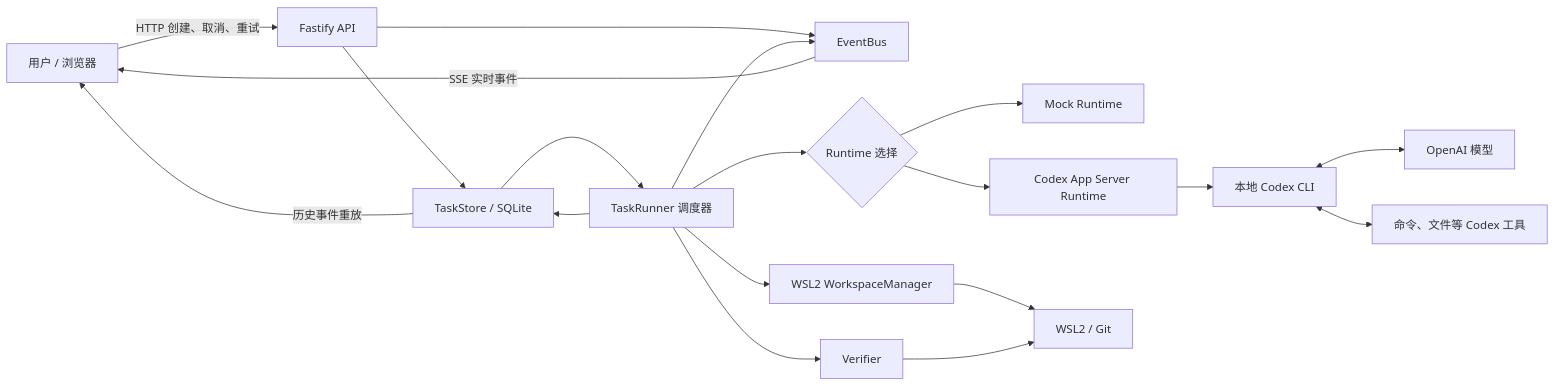
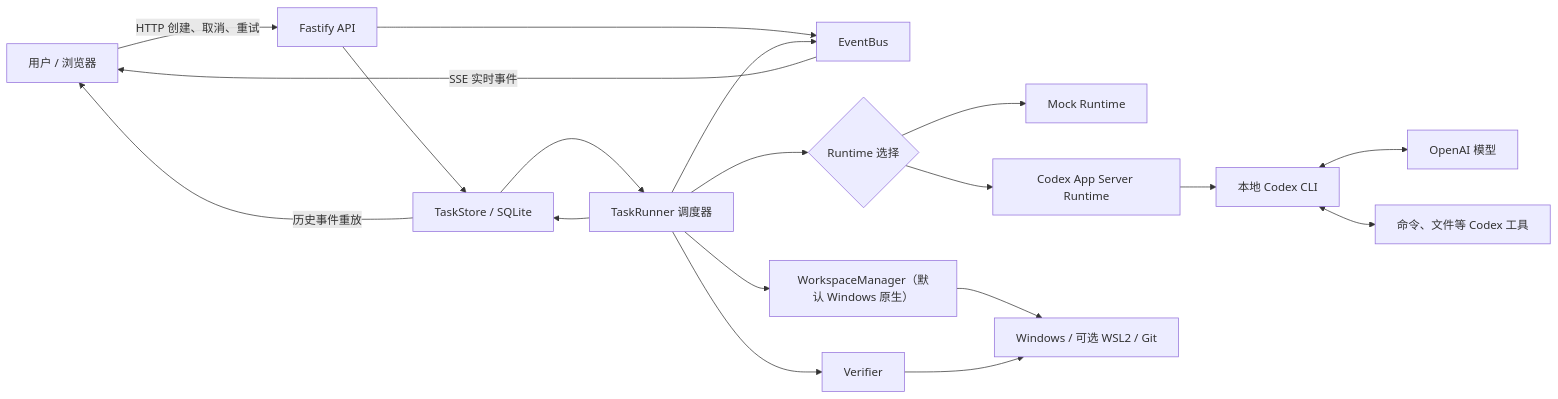
One commit to lycoris5201314/agent_platform changed the second of 4 diagrams in 架构分析.md. Above: the diagram before and after it, drawn with Mermaid. The commit also changed other lines of this file and 26 other files, not shown here.

````diff
--- a/架构分析.md
+++ b/架构分析.md
@@ -95,21 +95,21 @@
 ```mermaid
 flowchart LR
     U["用户 / 浏览器"] -->|"HTTP 创建、取消、重试"| API["Fastify API"]
     API --> STORE["TaskStore / SQLite"]
     API --> BUS["EventBus"]
     STORE --> RUNNER["TaskRunner 调度器"]
-    RUNNER --> WS["WSL2 WorkspaceManager"]
+    RUNNER --> WS["WorkspaceManager（默认 Windows 原生）"]
     RUNNER --> RT{"Runtime 选择"}
     RT --> MOCK["Mock Runtime"]
     RT --> CODEX["Codex App Server Runtime"]
     CODEX --> CLI["本地 Codex CLI"]
     CLI <--> MODEL["OpenAI 模型"]
     CLI <--> TOOLS["命令、文件等 Codex 工具"]
     RUNNER --> VERIFY["Verifier"]
-    WS --> WSL["WSL2 / Git"]
+    WS --> WSL["Windows / 可选 WSL2 / Git"]
     VERIFY --> WSL
     RUNNER --> STORE
     RUNNER --> BUS
     BUS -->|"SSE 实时事件"| U
     STORE -->|"历史事件重放"| U
 ```
````
